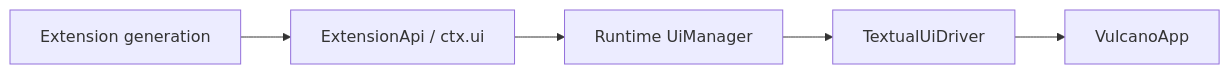
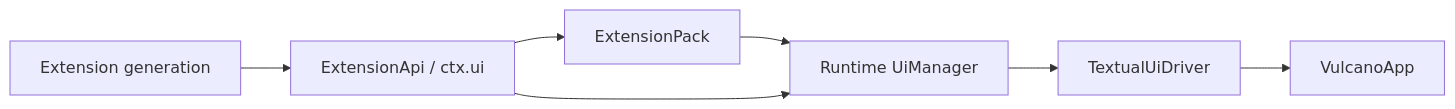
Before and after one commit to msgflux/msgflux: the diagram in docs/learn/vulcano-ui.md, drawn with Mermaid. The commit also changed other lines of this file and 9 other files, not shown here.

````diff
--- a/docs/learn/vulcano-ui.md
+++ b/docs/learn/vulcano-ui.md
@@ -187,7 +187,9 @@
 ```mermaid
 flowchart LR
     Extension[Extension generation] --> Api[ExtensionApi / ctx.ui]
+    Api --> Pack[ExtensionPack]
+    Pack --> Registry
     Api --> Registry[Runtime UiManager]
     Registry --> Driver[TextualUiDriver]
     Driver --> App[VulcanoApp]
 ```
````
